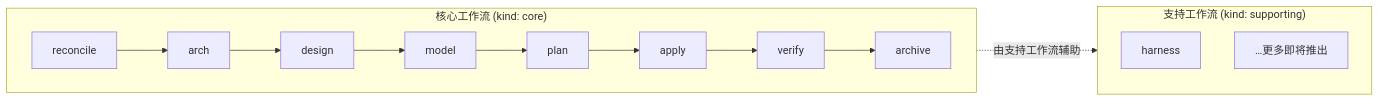
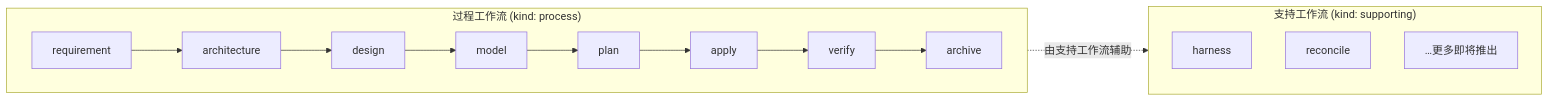
Before and after one commit to agiledon/sparrow: the diagram in README.zh-CN.md, drawn with Mermaid. The commit also changed other lines of this file and 24 other files, not shown here.

````diff
--- a/README.zh-CN.md
+++ b/README.zh-CN.md
@@ -36,16 +36,16 @@
 ```mermaid
 flowchart LR
-  subgraph core ["核心工作流 (kind: core)"]
+  subgraph process ["过程工作流 (kind: process)"]
     direction LR
-    R[requirement] --> A[arch] --> D[design] --> M[model] --> P[plan] --> AP[apply] --> V[verify] --> AR[archive]
+    R[requirement] --> A[architecture] --> D[design] --> M[model] --> P[plan] --> AP[apply] --> V[verify] --> AR[archive]
   end
 
   subgraph supporting ["支持工作流 (kind: supporting)"]
     direction TB
     H[harness]
-    R[reconcile]
+    RC[reconcile]
     MORE["…更多即将推出"]
   end
 
-  core -.->|"由支持工作流辅助"| supporting
+  process -.->|"由支持工作流辅助"| supporting
 ```
````
